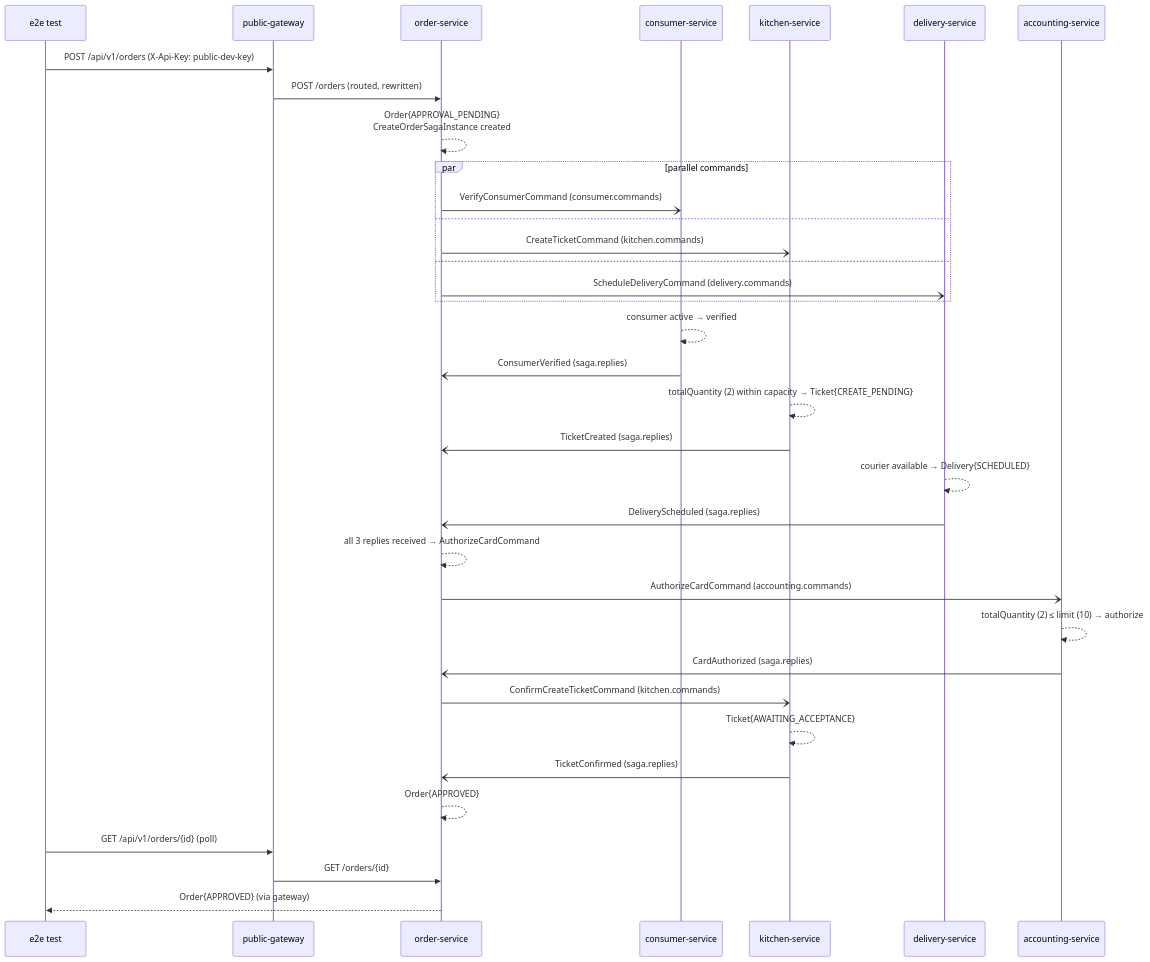
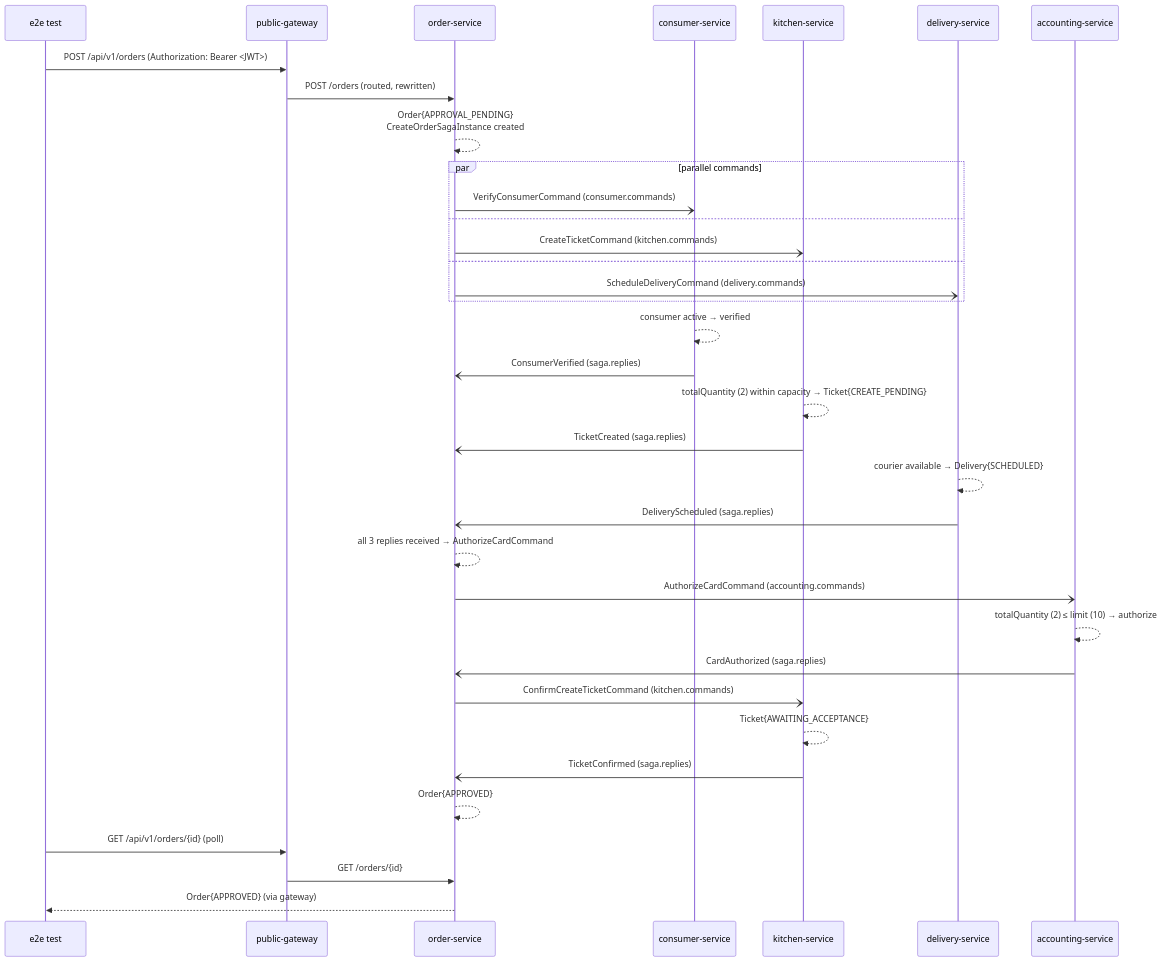
Diagram 28 of 28 in docs/ARCHITECTURE.md (sanjaykpradhan10/my-food-to-go-app), drawn with Mermaid before and after one commit. The commit also changed other lines of this file and 13 other files, not shown here.

````diff
--- a/docs/ARCHITECTURE.md
+++ b/docs/ARCHITECTURE.md
@@ -929,38 +929,38 @@
 ```mermaid
 sequenceDiagram
     participant T as e2e test
     participant PG as public-gateway
     participant O as order-service
     participant Con as consumer-service
     participant K as kitchen-service
     participant D as delivery-service
     participant A as accounting-service
 
-    T->>PG: POST /api/v1/orders (X-Api-Key: public-dev-key)
+    T->>PG: POST /api/v1/orders (Authorization: Bearer <JWT>)
     PG->>O: POST /orders (routed, rewritten)
     O-->>O: Order{APPROVAL_PENDING}<br/>CreateOrderSagaInstance created
     par parallel commands
         O-)Con: VerifyConsumerCommand (consumer.commands)
     and
         O-)K: CreateTicketCommand (kitchen.commands)
     and
         O-)D: ScheduleDeliveryCommand (delivery.commands)
     end
     Con-->>Con: consumer active → verified
     Con-)O: ConsumerVerified (saga.replies)
     K-->>K: totalQuantity (2) within capacity → Ticket{CREATE_PENDING}
     K-)O: TicketCreated (saga.replies)
     D-->>D: courier available → Delivery{SCHEDULED}
     D-)O: DeliveryScheduled (saga.replies)
     O-->>O: all 3 replies received → AuthorizeCardCommand
     O-)A: AuthorizeCardCommand (accounting.commands)
     A-->>A: totalQuantity (2) ≤ limit (10) → authorize
     A-)O: CardAuthorized (saga.replies)
     O-)K: ConfirmCreateTicketCommand (kitchen.commands)
     K-->>K: Ticket{AWAITING_ACCEPTANCE}
     K-)O: TicketConfirmed (saga.replies)
     O-->>O: Order{APPROVED}
     T->>PG: GET /api/v1/orders/{id} (poll)
     PG->>O: GET /orders/{id}
     O-->>T: Order{APPROVED} (via gateway)
 ```
````
